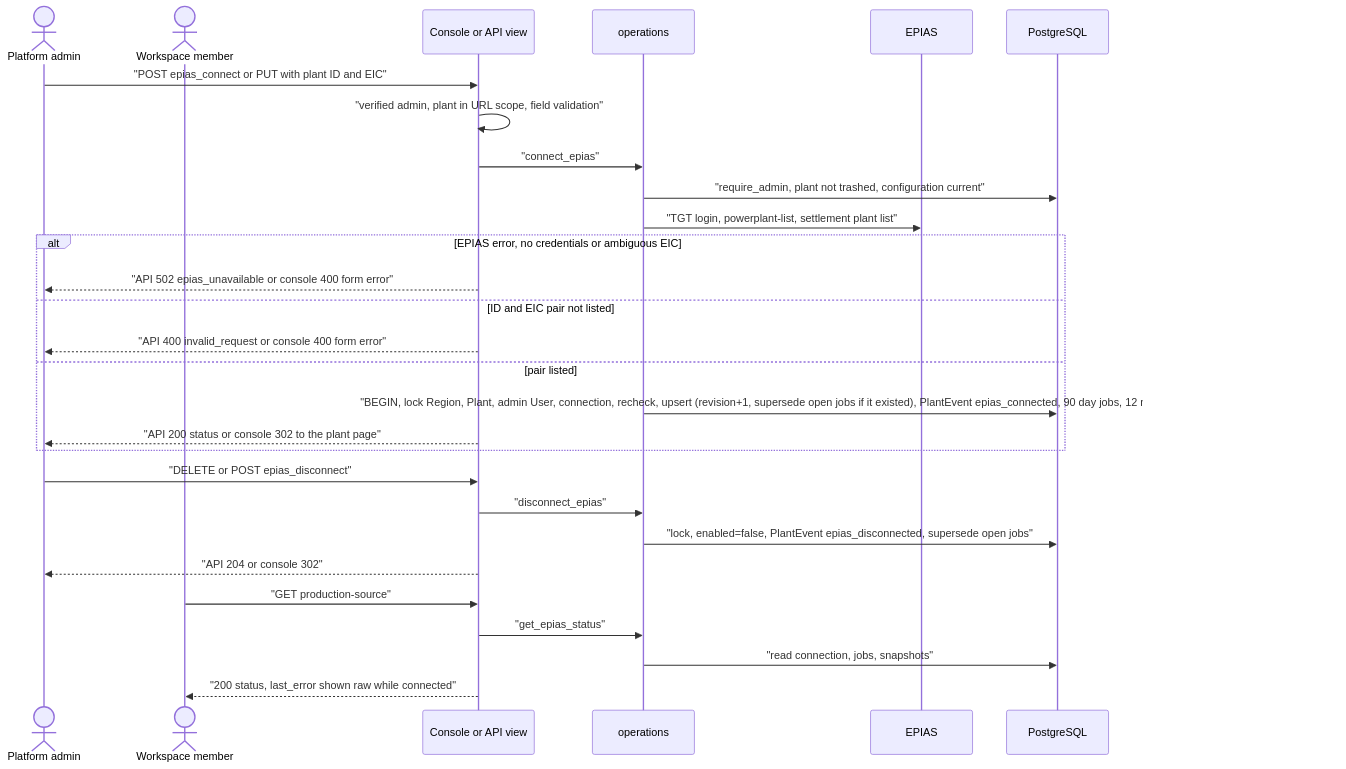
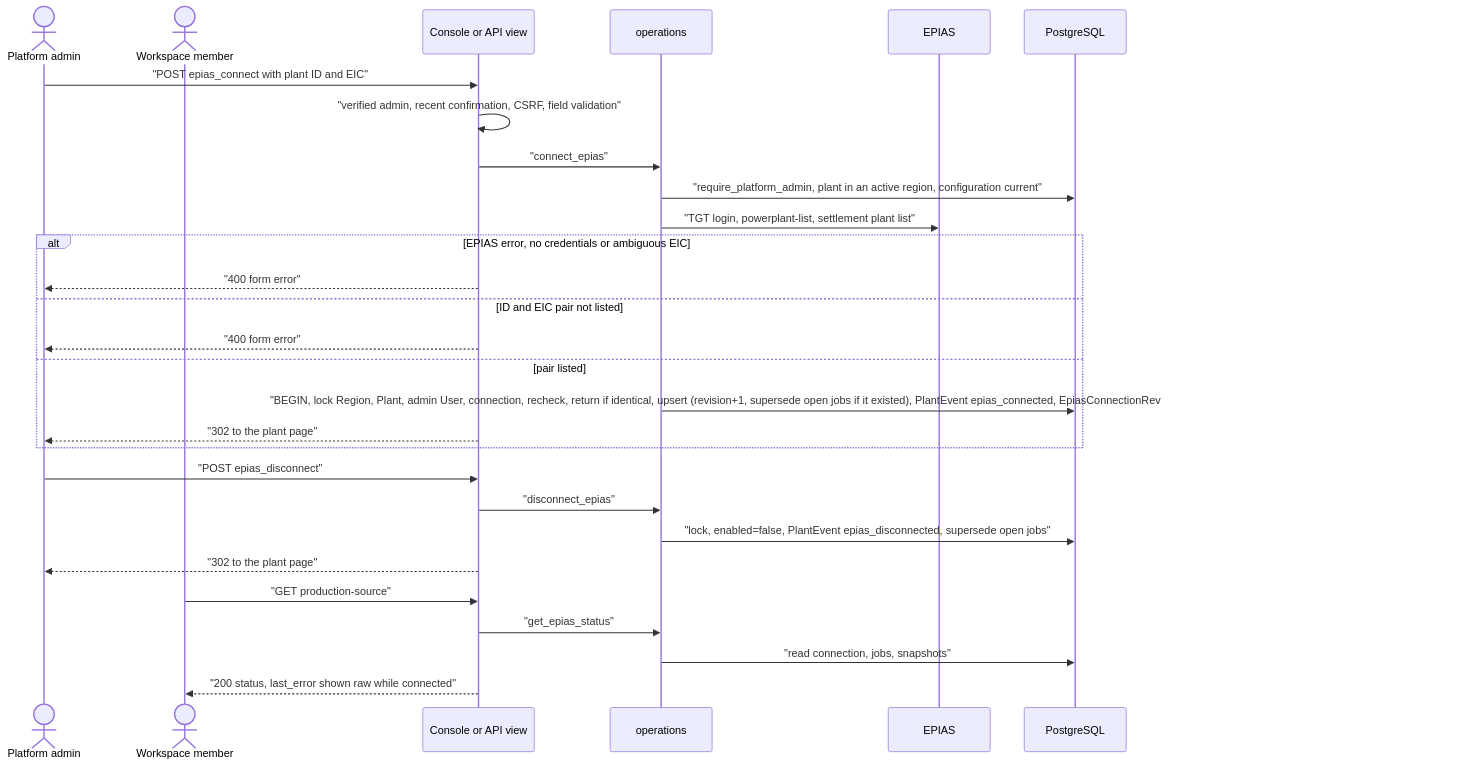
Before and after one commit to erkurtharun/pyracast: the diagram in docs/flows/epias-connection.md, drawn with Mermaid. The commit also changed other lines of this file and 85 other files, not shown here.

First line of the commit message:
Bring the flow pages in line with the code (#107)

````diff
--- a/docs/flows/epias-connection.md
+++ b/docs/flows/epias-connection.md
@@ -13,30 +13,30 @@
 ```mermaid
 sequenceDiagram
     actor A as Platform admin
     actor M as Workspace member
     participant V as Console or API view
     participant O as operations
     participant E as EPIAS
     participant DB as PostgreSQL
-    A->>V: "POST epias_connect or PUT with plant ID and EIC"
-    V->>V: "verified admin, plant in URL scope, field validation"
+    A->>V: "POST epias_connect with plant ID and EIC"
+    V->>V: "verified admin, recent confirmation, CSRF, field validation"
     V->>O: "connect_epias"
-    O->>DB: "require_admin, plant not trashed, configuration current"
+    O->>DB: "require_platform_admin, plant in an active region, configuration current"
     O->>E: "TGT login, powerplant-list, settlement plant list"
     alt EPIAS error, no credentials or ambiguous EIC
-        V-->>A: "API 502 epias_unavailable or console 400 form error"
+        V-->>A: "400 form error"
     else ID and EIC pair not listed
-        V-->>A: "API 400 invalid_request or console 400 form error"
+        V-->>A: "400 form error"
     else pair listed
-        O->>DB: "BEGIN, lock Region, Plant, admin User, connection, recheck, upsert (revision+1, supersede open jobs if it existed), PlantEvent epias_connected, 90 day jobs, 12 month jobs if settlement found, COMMIT"
-        V-->>A: "API 200 status or console 302 to the plant page"
+        O->>DB: "BEGIN, lock Region, Plant, admin User, connection, recheck, return if identical, upsert (revision+1, supersede open jobs if it existed), PlantEvent epias_connected, EpiasConnectionRevision, 90 day jobs, 12 month jobs if settlement found, COMMIT"
+        V-->>A: "302 to the plant page"
     end
-    A->>V: "DELETE or POST epias_disconnect"
+    A->>V: "POST epias_disconnect"
     V->>O: "disconnect_epias"
     O->>DB: "lock, enabled=false, PlantEvent epias_disconnected, supersede open jobs"
-    V-->>A: "API 204 or console 302"
+    V-->>A: "302 to the plant page"
     M->>V: "GET production-source"
     V->>O: "get_epias_status"
     O->>DB: "read connection, jobs, snapshots"
     V-->>M: "200 status, last_error shown raw while connected"
 ```
````
